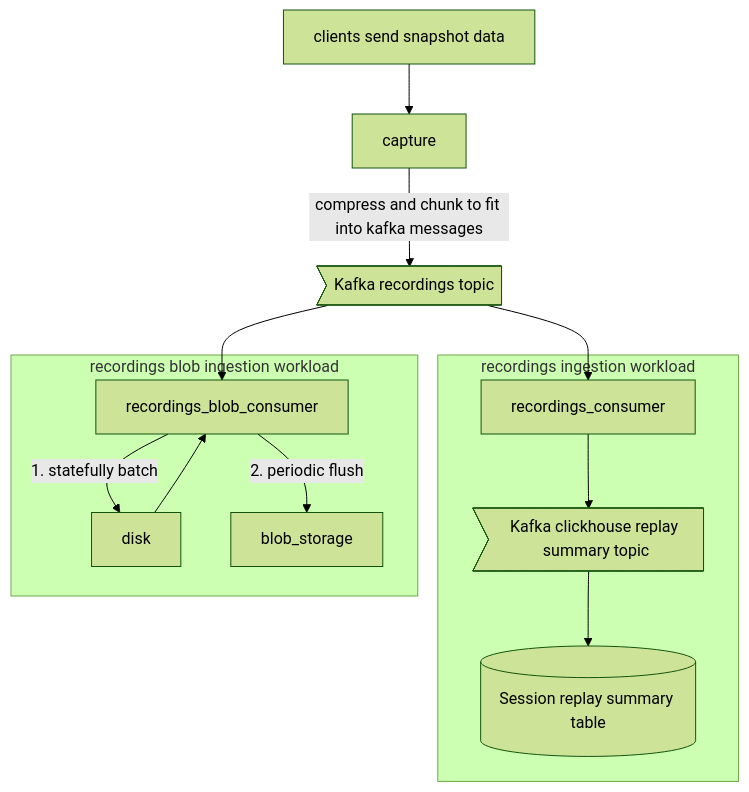
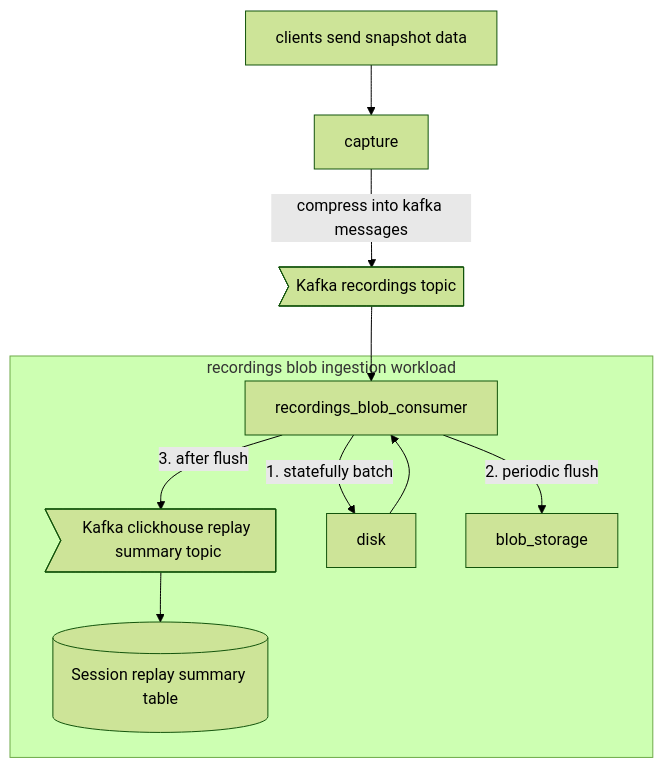
The diagram in contents/docs/how-posthog-works/recordings-ingestion.mdx (PostHog/posthog.com), drawn with Mermaid (forest theme) before and after one commit. The commit also changed other lines of this file and 4 other files, not shown here.

Commit message:
update session replay retention and architecture

````diff
--- a/contents/docs/how-posthog-works/recordings-ingestion.mdx
+++ b/contents/docs/how-posthog-works/recordings-ingestion.mdx
@@ -112,21 +24,18 @@
 ```mermaid
 flowchart TB
     clickhouse_replay_summary_table[(Session replay summary table)]
     received_snapshot_event[clients send snapshot data]
     kafka_recordings_topic>Kafka recordings topic]
     kafka_clickhouse_replay_summary_topic>Kafka clickhouse replay summary topic]
     
-    subgraph recordings ingestion workload
-        recordings_consumer-->kafka_clickhouse_replay_summary_topic
-        kafka_clickhouse_replay_summary_topic-->clickhouse_replay_summary_table
-    end
     subgraph recordings blob ingestion workload
         recordings_blob_consumer-->|1. statefully batch|disk
         disk-->recordings_blob_consumer
         recordings_blob_consumer-->|2. periodic flush|blob_storage
+        recordings_blob_consumer-->|3. after flush|kafka_clickhouse_replay_summary_topic
+        kafka_clickhouse_replay_summary_topic-->clickhouse_replay_summary_table
     end
     received_snapshot_event --> capture
-    capture -->|compress and chunk to fit into kafka messages| kafka_recordings_topic
-    kafka_recordings_topic --> recordings_consumer
+    capture -->|compress into kafka messages| kafka_recordings_topic
     kafka_recordings_topic --> recordings_blob_consumer
 ```
````
